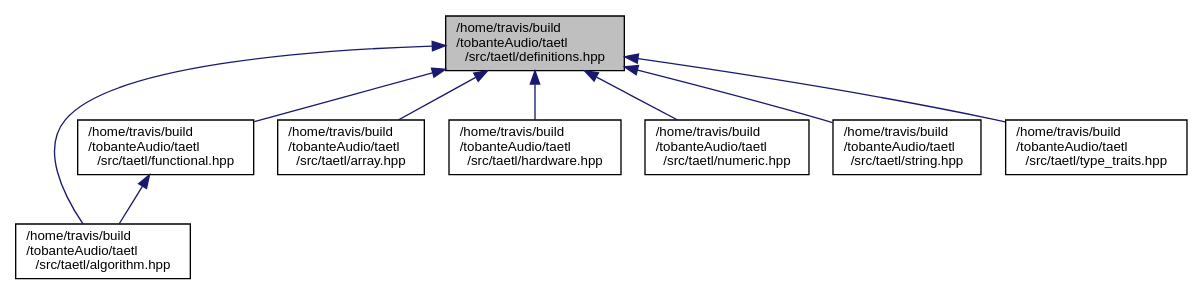
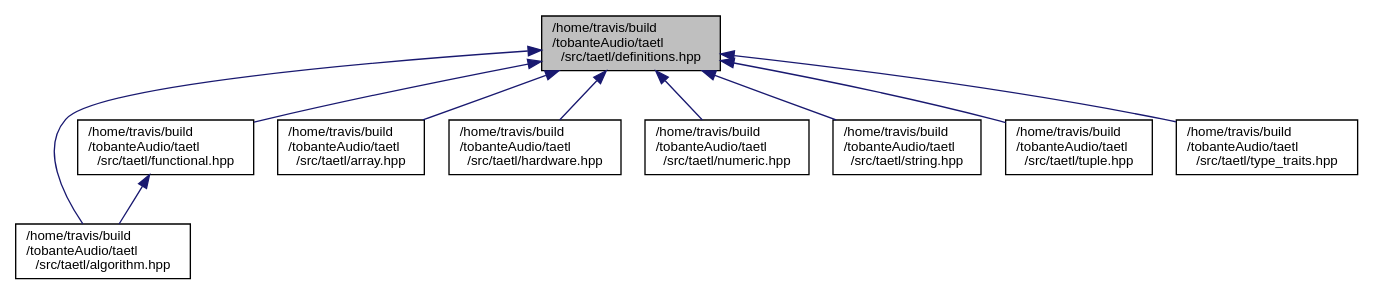
Before and after one commit to tobanteAudio/taetl: the diagram in definitions_8hpp__dep__incl.dot, drawn with Graphviz. The commit also changed 79 other files, not shown here.

Commit message:
Deploy tobanteAudio/taetl to github.com/tobanteAudio/taetl.git:gh-pages

```diff
--- a/definitions_8hpp__dep__incl.dot
+++ b/definitions_8hpp__dep__incl.dot
@@ -1,21 +1,23 @@
 digraph "/home/travis/build/tobanteAudio/taetl/src/taetl/definitions.hpp"
 {
   edge [fontname="Helvetica",fontsize="10",labelfontname="Helvetica",labelfontsize="10"];
   node [fontname="Helvetica",fontsize="10",shape=record];
   Node5 [label="/home/travis/build\l/tobanteAudio/taetl\l/src/taetl/definitions.hpp",height=0.2,width=0.4,color="black", fillcolor="grey75", style="filled", fontcolor="black"];
   Node5 -> Node6 [dir="back",color="midnightblue",fontsize="10",style="solid",fontname="Helvetica"];
   Node6 [label="/home/travis/build\l/tobanteAudio/taetl\l/src/taetl/algorithm.hpp",height=0.2,width=0.4,color="black", fillcolor="white", style="filled",URL="$algorithm_8hpp.html"];
   Node5 -> Node7 [dir="back",color="midnightblue",fontsize="10",style="solid",fontname="Helvetica"];
   Node7 [label="/home/travis/build\l/tobanteAudio/taetl\l/src/taetl/functional.hpp",height=0.2,width=0.4,color="black", fillcolor="white", style="filled",URL="$functional_8hpp.html"];
   Node7 -> Node6 [dir="back",color="midnightblue",fontsize="10",style="solid",fontname="Helvetica"];
   Node5 -> Node8 [dir="back",color="midnightblue",fontsize="10",style="solid",fontname="Helvetica"];
   Node8 [label="/home/travis/build\l/tobanteAudio/taetl\l/src/taetl/array.hpp",height=0.2,width=0.4,color="black", fillcolor="white", style="filled",URL="$array_8hpp.html"];
   Node5 -> Node9 [dir="back",color="midnightblue",fontsize="10",style="solid",fontname="Helvetica"];
   Node9 [label="/home/travis/build\l/tobanteAudio/taetl\l/src/taetl/hardware.hpp",height=0.2,width=0.4,color="black", fillcolor="white", style="filled",URL="$hardware_8hpp.html"];
   Node5 -> Node10 [dir="back",color="midnightblue",fontsize="10",style="solid",fontname="Helvetica"];
   Node10 [label="/home/travis/build\l/tobanteAudio/taetl\l/src/taetl/numeric.hpp",height=0.2,width=0.4,color="black", fillcolor="white", style="filled",URL="$numeric_8hpp.html"];
   Node5 -> Node11 [dir="back",color="midnightblue",fontsize="10",style="solid",fontname="Helvetica"];
   Node11 [label="/home/travis/build\l/tobanteAudio/taetl\l/src/taetl/string.hpp",height=0.2,width=0.4,color="black", fillcolor="white", style="filled",URL="$string_8hpp.html"];
   Node5 -> Node12 [dir="back",color="midnightblue",fontsize="10",style="solid",fontname="Helvetica"];
-  Node12 [label="/home/travis/build\l/tobanteAudio/taetl\l/src/taetl/type_traits.hpp",height=0.2,width=0.4,color="black", fillcolor="white", style="filled",URL="$type__traits_8hpp.html"];
+  Node12 [label="/home/travis/build\l/tobanteAudio/taetl\l/src/taetl/tuple.hpp",height=0.2,width=0.4,color="black", fillcolor="white", style="filled",URL="$tuple_8hpp.html"];
+  Node5 -> Node13 [dir="back",color="midnightblue",fontsize="10",style="solid",fontname="Helvetica"];
+  Node13 [label="/home/travis/build\l/tobanteAudio/taetl\l/src/taetl/type_traits.hpp",height=0.2,width=0.4,color="black", fillcolor="white", style="filled",URL="$type__traits_8hpp.html"];
 }
```
